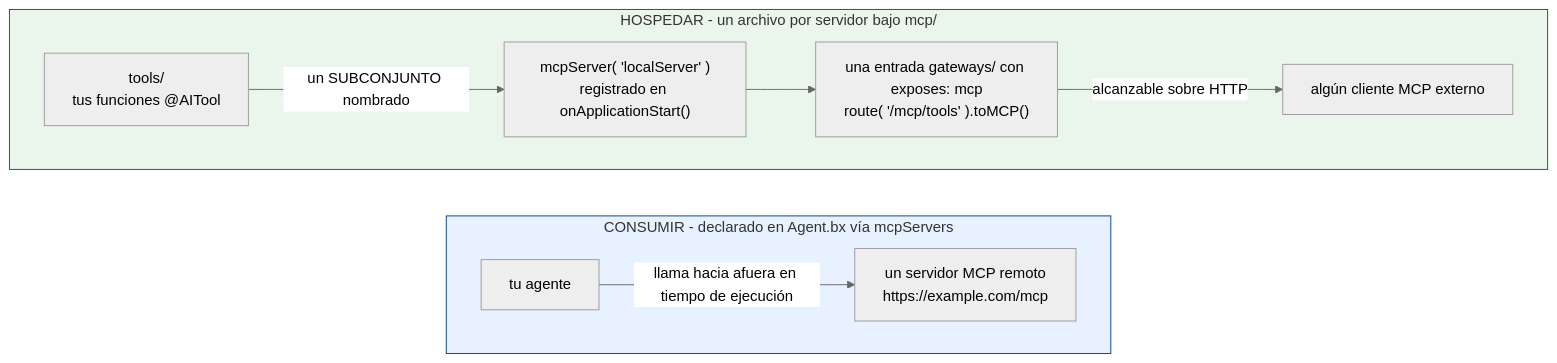
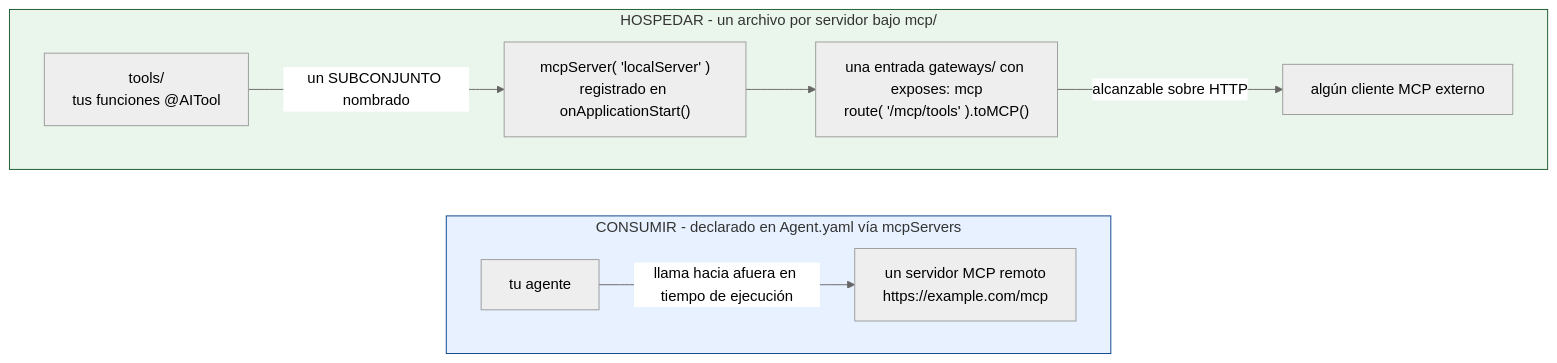
The diagram in docs/versions/1.0.x/i18n/es/conventions/mcp.md (ortus-boxlang/bx-agents), drawn with Mermaid (neutral theme) before and after one commit. The commit also changed other lines of this file and 110 other files, not shown here.

First line of the commit message:
Docs, specs and CLI text for Agent.yaml: new reference page, every page and its 1.0.x and Spanish copies, doctor image, changelog

````diff
--- a/docs/versions/1.0.x/i18n/es/conventions/mcp.md
+++ b/docs/versions/1.0.x/i18n/es/conventions/mcp.md
@@ -13,17 +13,17 @@
 ```mermaid
 flowchart LR
-    subgraph consume["CONSUMIR - declarado en Agent.bx vía mcpServers"]
+    subgraph consume["CONSUMIR - declarado en Agent.yaml vía mcpServers"]
         direction LR
         AG["tu agente"] -->|"llama hacia afuera en tiempo de ejecución"| RM["un servidor MCP remoto<br/>https://example.com/mcp"]
     end
 
     subgraph host["HOSPEDAR - un archivo por servidor bajo mcp/"]
         direction LR
         TL["tools/<br/>tus funciones @AITool"] -->|"un SUBCONJUNTO nombrado"| MS["mcpServer( 'localServer' )<br/>registrado en onApplicationStart()"]
         MS --> GW["una entrada gateways/ con exposes: mcp<br/>route( '/mcp/tools' ).toMCP()"]
         GW -->|"alcanzable sobre HTTP"| OC["algún cliente MCP externo"]
     end
 
     style consume fill:#e7f1ff,stroke:#004085
     style host fill:#eaf6ec,stroke:#155724
 ```
````
